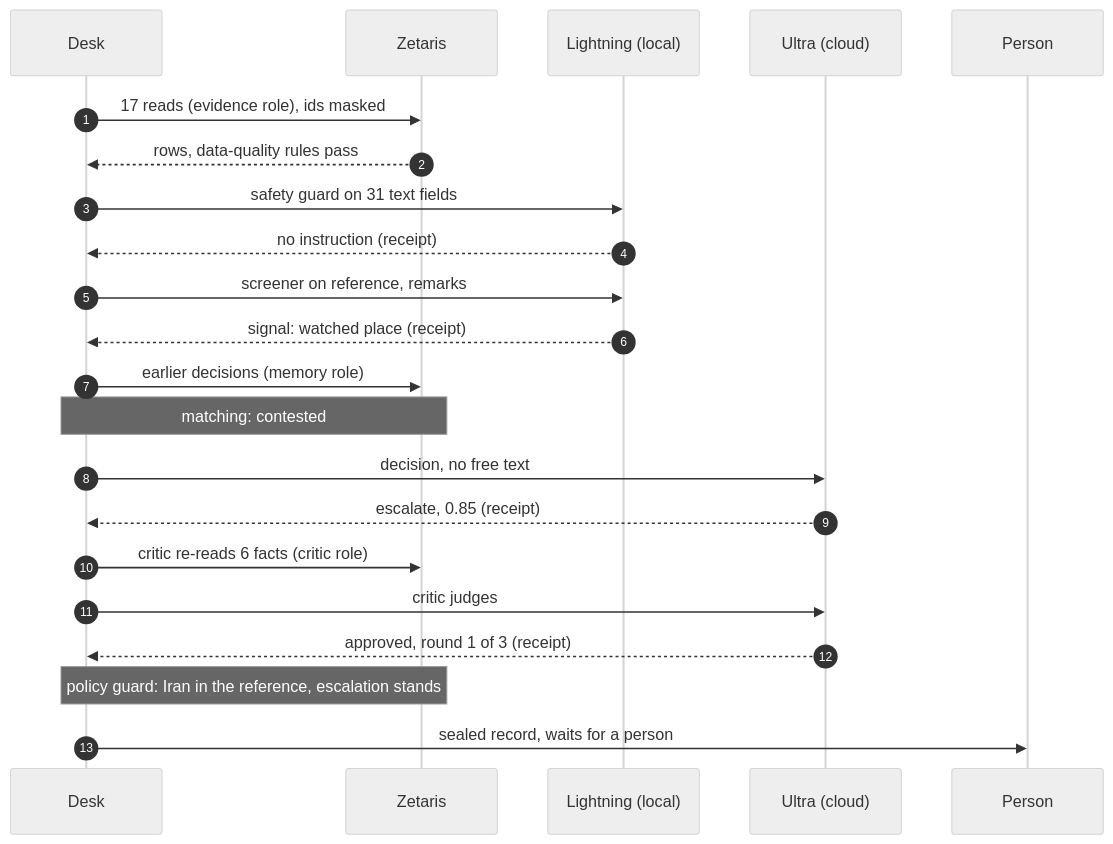
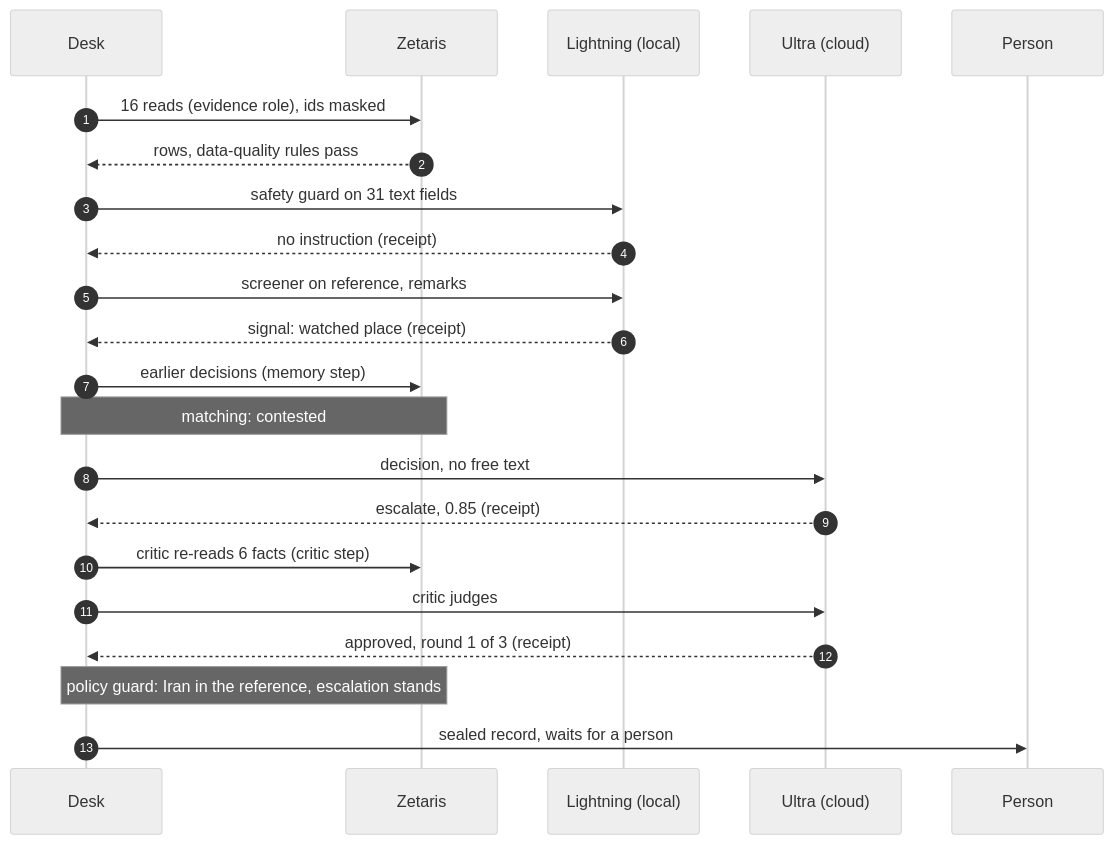
Before and after one commit to rahulmahadik/sanctions-desk: the diagram in docs/diagrams/2-review-sequence.mmd, drawn with Mermaid (neutral theme). The commit also changed 21 other files, not shown here.

Commit message:
Review fixes in the generators and diagrams

```diff
--- a/docs/diagrams/2-review-sequence.mmd
+++ b/docs/diagrams/2-review-sequence.mmd
@@ -1,25 +1,25 @@
 %% One live review of ALR-0073 (payment alert), 24 Oct 2026 19:40 UTC: trace logs/trace-ui-ALR-0073-1792870820973.jsonl,
 %% sealed record d59818c8...66fb, 4 model calls, each with a signed receipt. Since 25 Oct the safety guard asks its
 %% model twice and adds a narrow check.
 sequenceDiagram
   autonumber
   participant D as Desk
   participant Z as Zetaris
   participant L as Lightning (local)
   participant U as Ultra (cloud)
   participant H as Person
-  D->>Z: 17 reads (evidence role), ids masked
+  D->>Z: 16 reads (evidence role), ids masked
   Z-->>D: rows, data-quality rules pass
   D->>L: safety guard on 31 text fields
   L-->>D: no instruction (receipt)
   D->>L: screener on reference, remarks
   L-->>D: signal: watched place (receipt)
-  D->>Z: earlier decisions (memory role)
+  D->>Z: earlier decisions (memory step)
   Note over D,Z: matching: contested
   D->>U: decision, no free text
   U-->>D: escalate, 0.85 (receipt)
-  D->>Z: critic re-reads 6 facts (critic role)
+  D->>Z: critic re-reads 6 facts (critic step)
   D->>U: critic judges
   U-->>D: approved, round 1 of 3 (receipt)
   Note over D,Z: policy guard: Iran in the reference, escalation stands
   D->>H: sealed record, waits for a person
```
